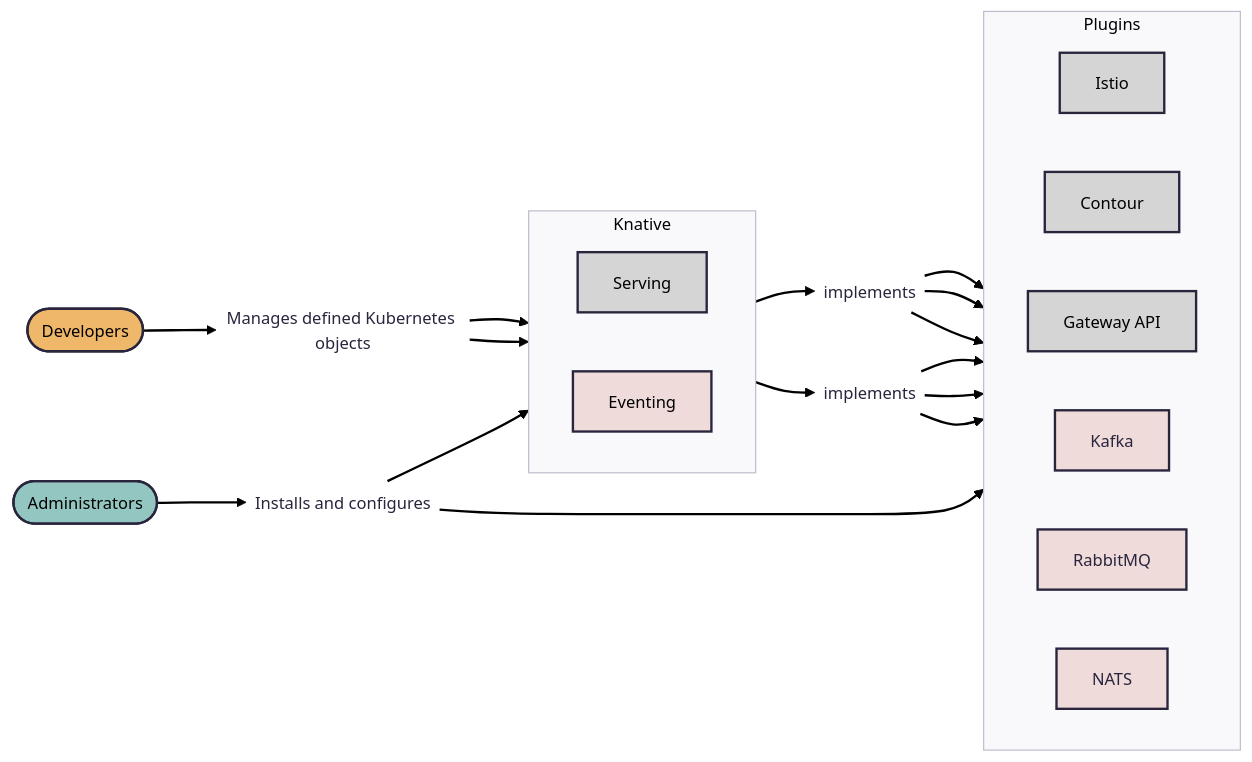
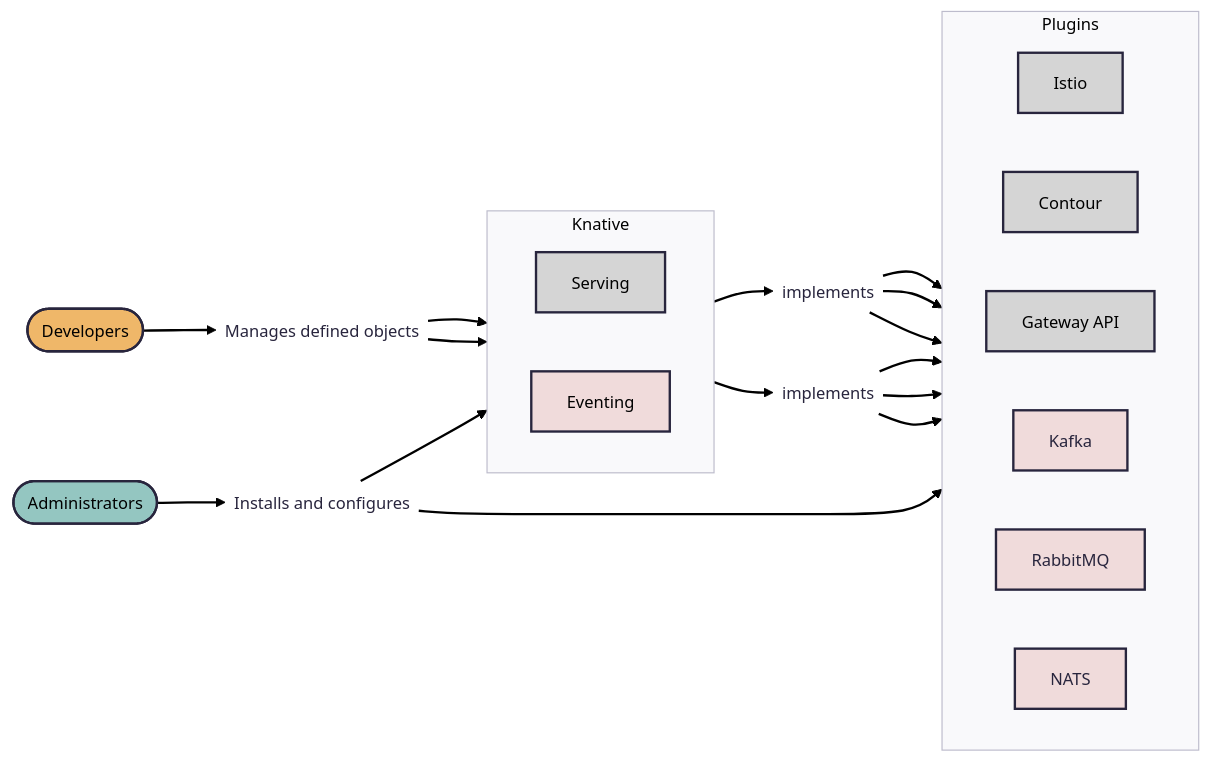
Before and after one commit to knative/docs: the diagram in docs/versioned/admin/admin-overview.md, drawn with Mermaid. The commit also changed other lines of this file, not shown here.

````diff
--- a/docs/versioned/admin/admin-overview.md
+++ b/docs/versioned/admin/admin-overview.md
@@ -17,46 +16,46 @@
 ```mermaid
 ---
 config:
   theme: redux
   layout: dagre
   look: classic
 ---
 flowchart LR
  subgraph Knative["Knative"]
     direction LR
         Serving["Serving"]
         Eventing["Eventing"]
   end
  subgraph Plugins["Plugins"]
     direction LR
         net-istio["Istio"]
         net-contour["Contour"]
         net-gateway-api["Gateway API"]
         event-kafka["Kafka"]
         event-rabbitmq["RabbitMQ"]
         event-nats["NATS"]
   end
-    Dev(["Developers"]) --> dev-acts["Manages defined Kubernetes objects"]
+    Dev(["Developers"]) --> dev-acts["Manages defined objects"]
     dev-acts --> Serving & Eventing
     Admin(["Administrators"]) --> admin-acts["Installs and configures"]
     admin-acts --> Knative & Plugins
     Serving --> net-impl["implements"]
     net-impl --> net-istio & net-contour & net-gateway-api
     Eventing --> event-impl["implements"]
     event-impl --> event-kafka & event-rabbitmq & event-nats
     dev-acts@{ shape: text}
     admin-acts@{ shape: text}
     net-impl@{ shape: text}
     event-impl@{ shape: text}
     style Serving fill:#D5D5D5,color:#000000
     style Eventing fill:#F0DBDB,color:#000000
     style net-istio fill:#D5D5D5,color:#000000
     style net-contour fill:#D5D5D5,color:#000000
     style net-gateway-api fill:#D5D5D5,color:#000000
     style event-kafka fill:#F0DBDB
     style event-rabbitmq fill:#F0DBDB
     style event-nats fill:#F0DBDB
     style Dev fill:#EFB769,color:#000000
     style Admin fill:#94C6C1,color:#000000
 
 ```
````
